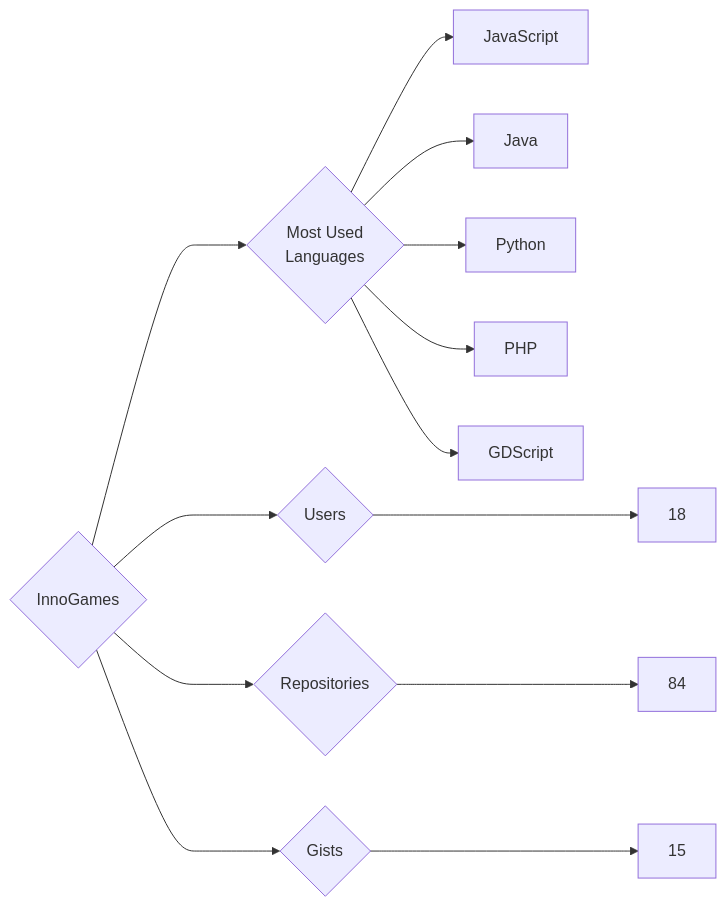
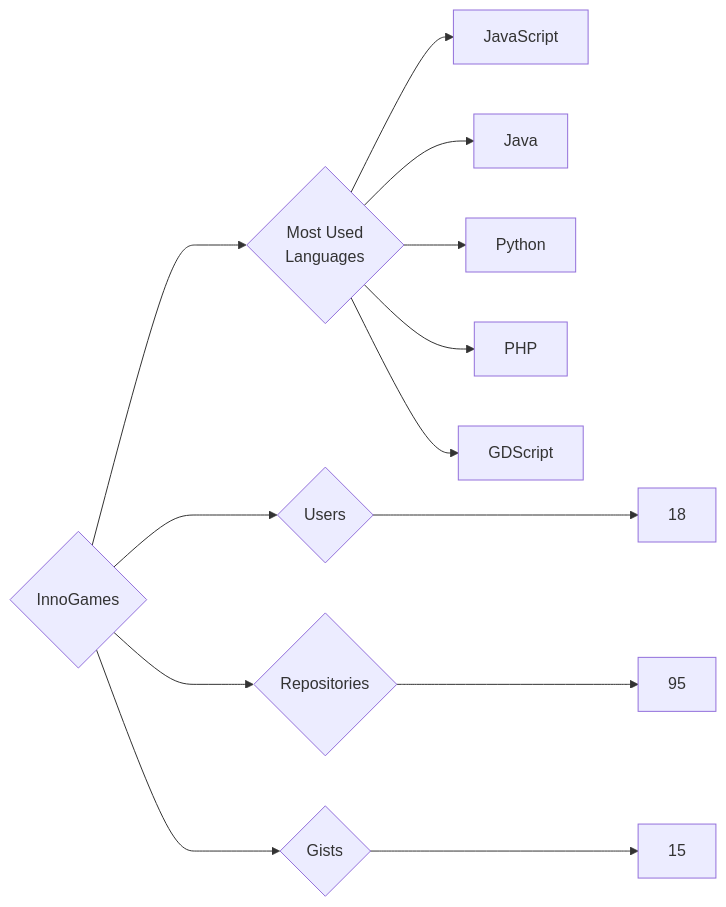
One commit to trickest/insiders changed the diagram in targets/InnoGames/README.md. Above: the diagram before and after it, drawn with Mermaid. The commit also changed 860 other files, not shown here.

````diff
--- a/targets/InnoGames/README.md
+++ b/targets/InnoGames/README.md
@@ -3,13 +3,13 @@
 ```mermaid
 graph LR
 COMPANY_NAME{InnoGames}
 COMPANY_NAME ---> U{Users} ---> UN[18]
-COMPANY_NAME ---> R{Repositories} ---> RN[84]
+COMPANY_NAME ---> R{Repositories} ---> RN[95]
 COMPANY_NAME ---> G{Gists} ---> GN[15]
 COMPANY_NAME ---> ML{Most Used<br>Languages}
 ML --> JavaScript[JavaScript]
 ML --> Java[Java]
 ML --> Python[Python]
 ML --> PHP[PHP]
 ML --> GDScript[GDScript]
 ```
````
